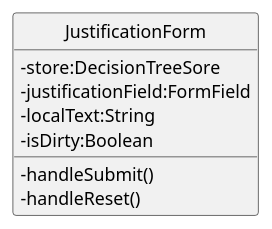
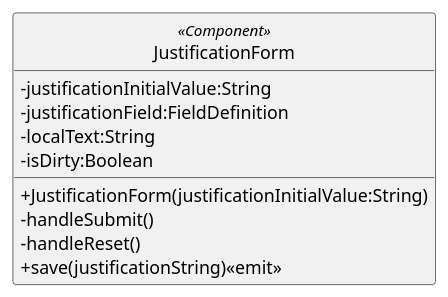
The diagram in src/PB/DocumentazioneEsterna/Specifica_Tecnica/content/05-diagrammi-classi/uml/puml/Frontend/decision-tree/components/JustificationForm.puml (GroupRubberDuck/Documentazione), drawn with PlantUML before and after one commit. The commit also changed 70 other files, not shown here.

Commit message:
aggiornata specifica tecnica frontend-decision tree

```diff
--- a/src/PB/DocumentazioneEsterna/Specifica_Tecnica/content/05-diagrammi-classi/uml/puml/Frontend/decision-tree/components/JustificationForm.puml
+++ b/src/PB/DocumentazioneEsterna/Specifica_Tecnica/content/05-diagrammi-classi/uml/puml/Frontend/decision-tree/components/JustificationForm.puml
@@ -1,20 +1,22 @@
 @startuml
 skinparam linetype ortho
 skinparam nodesep 80
 skinparam ranksep 100
 skinparam classAttributeIconSize 0
 skinparam packageStyle rectangle
 skinparam style strictuml
 
-class JustificationForm{
-        -store:DecisionTreeSore
-        - justificationField:FormField
+class JustificationForm <<Component>>{
+        - justificationInitialValue:String
+        - justificationField:FieldDefinition
         -localText:String
         -isDirty:Boolean
 
+        + JustificationForm(justificationInitialValue:String)
         -handleSubmit()
         -handleReset()
+        + save(justificationString)<<emit>>
 
 }
 
 @enduml
```
